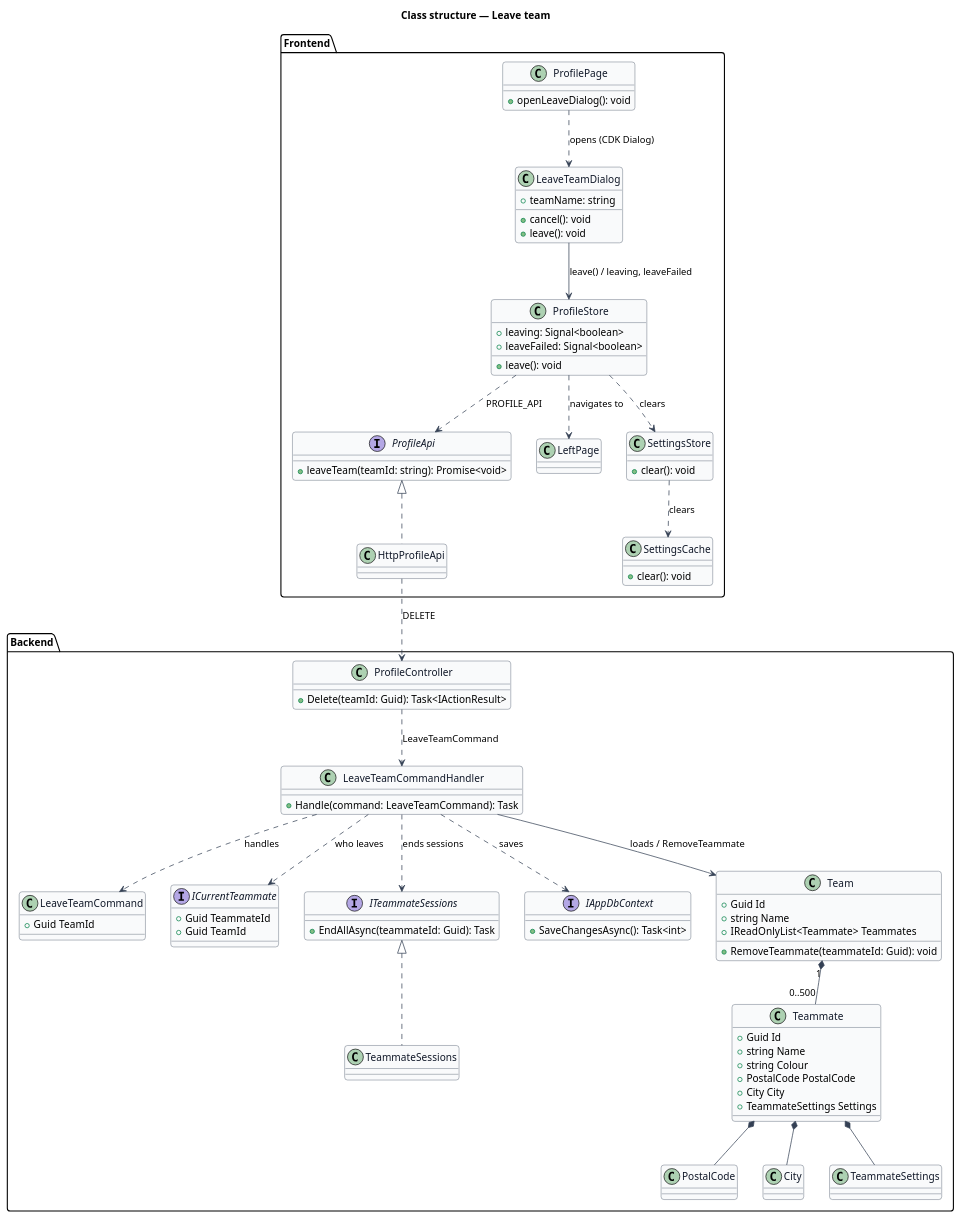
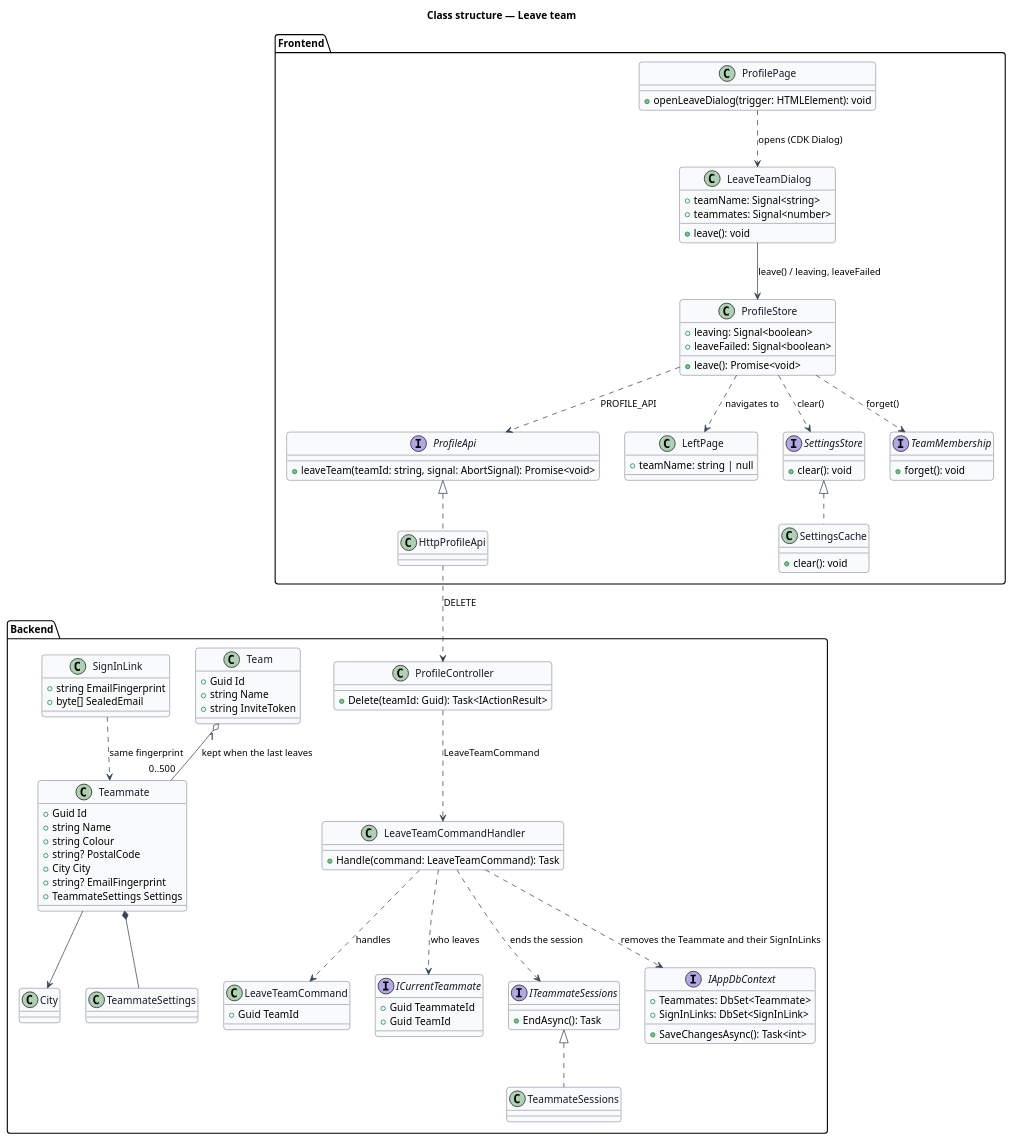
The diagram in docs/detailed-designs/profile/leave-team/diagrams/class-structure.puml (QuinntyneBrown/Mondino), drawn with PlantUML before and after one commit. The commit also changed 16 other files, not shown here.

First line of the commit message:
Decide what leaving deletes and align the leave design with the code

```diff
--- a/docs/detailed-designs/profile/leave-team/diagrams/class-structure.puml
+++ b/docs/detailed-designs/profile/leave-team/diagrams/class-structure.puml
@@ -1,100 +1,110 @@
 @startuml
 skinparam backgroundColor #FFFFFF
 skinparam shadowing false
 skinparam roundcorner 8
 skinparam defaultFontName Arial
 skinparam ArrowColor #344054
 skinparam class {
   BorderColor #344054
   FontColor #101828
   BackgroundColor #F9FAFB
 }
 title Class structure — Leave team
 
 package "Frontend" {
   class ProfilePage {
-    +openLeaveDialog(): void
+    +openLeaveDialog(trigger: HTMLElement): void
   }
   class LeaveTeamDialog {
-    +teamName: string
-    +cancel(): void
+    +teamName: Signal<string>
+    +teammates: Signal<number>
     +leave(): void
   }
   class ProfileStore {
     +leaving: Signal<boolean>
     +leaveFailed: Signal<boolean>
-    +leave(): void
+    +leave(): Promise<void>
   }
   interface ProfileApi {
-    +leaveTeam(teamId: string): Promise<void>
+    +leaveTeam(teamId: string, signal: AbortSignal): Promise<void>
   }
   class HttpProfileApi
-  class LeftPage
-  class SettingsStore {
+  class LeftPage {
+    +teamName: string | null
+  }
+  interface SettingsStore {
     +clear(): void
   }
   class SettingsCache {
     +clear(): void
+  }
+  interface TeamMembership {
+    +forget(): void
   }
 }
 
 package "Backend" {
   class ProfileController {
     +Delete(teamId: Guid): Task<IActionResult>
   }
   class LeaveTeamCommand {
     +Guid TeamId
   }
   class LeaveTeamCommandHandler {
     +Handle(command: LeaveTeamCommand): Task
   }
   interface ICurrentTeammate {
     +Guid TeammateId
     +Guid TeamId
   }
   interface ITeammateSessions {
-    +EndAllAsync(teammateId: Guid): Task
+    +EndAsync(): Task
   }
   class TeammateSessions
   interface IAppDbContext {
+    +Teammates: DbSet<Teammate>
+    +SignInLinks: DbSet<SignInLink>
     +SaveChangesAsync(): Task<int>
   }
   class Team {
     +Guid Id
     +string Name
-    +IReadOnlyList<Teammate> Teammates
-    +RemoveTeammate(teammateId: Guid): void
+    +string InviteToken
   }
   class Teammate {
     +Guid Id
     +string Name
     +string Colour
-    +PostalCode PostalCode
+    +string? PostalCode
     +City City
+    +string? EmailFingerprint
     +TeammateSettings Settings
   }
-  class PostalCode
+  class SignInLink {
+    +string EmailFingerprint
+    +byte[] SealedEmail
+  }
   class City
   class TeammateSettings
 }
 
 ProfilePage ..> LeaveTeamDialog : opens (CDK Dialog)
 LeaveTeamDialog --> ProfileStore : leave() / leaving, leaveFailed
 ProfileStore ..> ProfileApi : PROFILE_API
 ProfileApi <|.. HttpProfileApi
-ProfileStore ..> SettingsStore : clears
-SettingsStore ..> SettingsCache : clears
+ProfileStore ..> SettingsStore : clear()
+SettingsStore <|.. SettingsCache
+ProfileStore ..> TeamMembership : forget()
 ProfileStore ..> LeftPage : navigates to
 HttpProfileApi ..> ProfileController : DELETE
 ProfileController ..> LeaveTeamCommandHandler : LeaveTeamCommand
 LeaveTeamCommandHandler ..> LeaveTeamCommand : handles
 LeaveTeamCommandHandler ..> ICurrentTeammate : who leaves
-LeaveTeamCommandHandler --> Team : loads / RemoveTeammate
-LeaveTeamCommandHandler ..> ITeammateSessions : ends sessions
-LeaveTeamCommandHandler ..> IAppDbContext : saves
+LeaveTeamCommandHandler ..> ITeammateSessions : ends the session
+LeaveTeamCommandHandler ..> IAppDbContext : removes the Teammate and their SignInLinks
 ITeammateSessions <|.. TeammateSessions
-Team "1" *-- "0..500" Teammate
-Teammate *-- PostalCode
-Teammate *-- City
+Team "1" o-- "0..500" Teammate : kept when the last leaves
+Teammate --> City
+SignInLink ..> Teammate : same fingerprint
 Teammate *-- TeammateSettings
 @enduml
```
